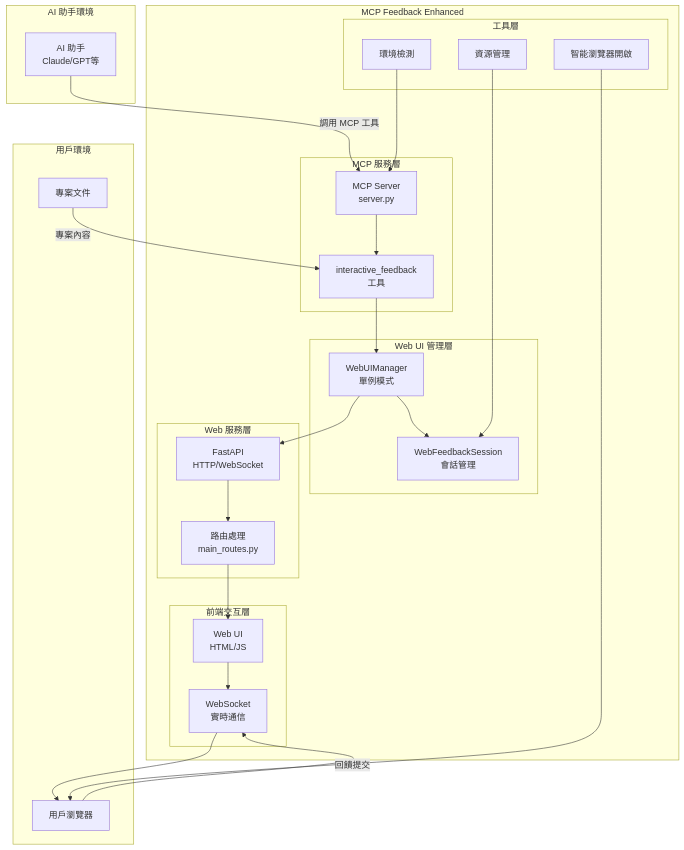
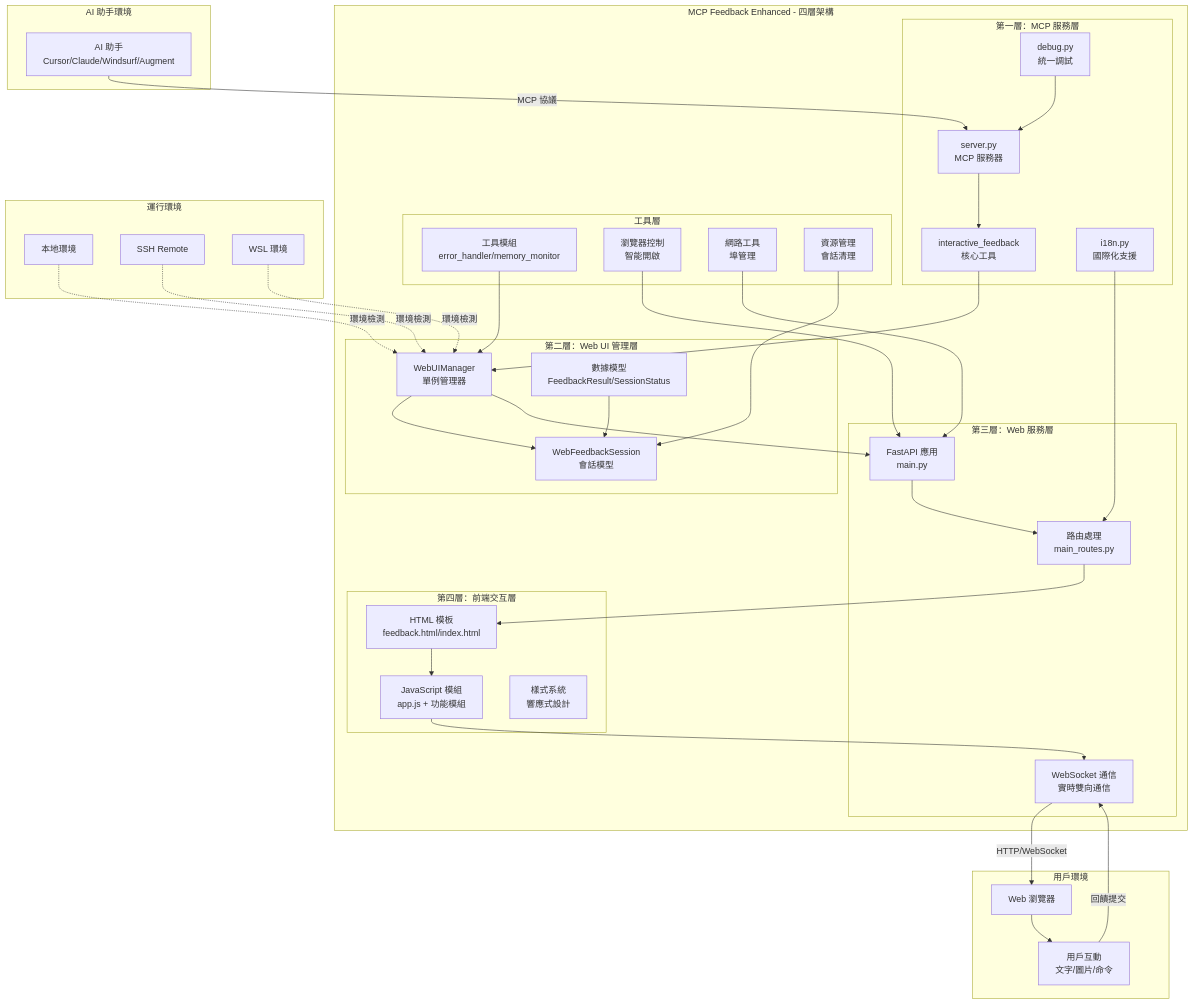
Before and after one commit to zetxtech/mcp-feedback-enhanced: the first of 5 diagrams in docs/architecture/system-overview.md, drawn with Mermaid. The commit also changed other lines of this file and 4 other files, not shown here.

````diff
--- a/docs/architecture/system-overview.md
+++ b/docs/architecture/system-overview.md
@@ -9,56 +38,77 @@
 ```mermaid
 graph TB
     subgraph "AI 助手環境"
-        AI[AI 助手<br/>Claude/GPT等]
+        AI[AI 助手<br/>Cursor/Claude/Windsurf/Augment]
     end
 
-    subgraph "MCP Feedback Enhanced"
-        subgraph "MCP 服務層"
-            MCP[MCP Server<br/>server.py]
-            TOOL[interactive_feedback<br/>工具]
+    subgraph "MCP Feedback Enhanced - 四層架構"
+        subgraph "第一層：MCP 服務層"
+            SERVER[server.py<br/>MCP 服務器]
+            TOOL[interactive_feedback<br/>核心工具]
+            I18N[i18n.py<br/>國際化支援]
+            DEBUG[debug.py<br/>統一調試]
         end
 
-        subgraph "Web UI 管理層"
-            WM[WebUIManager<br/>單例模式]
-            SESSION[WebFeedbackSession<br/>會話管理]
+        subgraph "第二層：Web UI 管理層"
+            MANAGER[WebUIManager<br/>單例管理器]
+            SESSION[WebFeedbackSession<br/>會話模型]
+            MODELS[數據模型<br/>FeedbackResult/SessionStatus]
         end
 
-        subgraph "Web 服務層"
-            API[FastAPI<br/>HTTP/WebSocket]
+        subgraph "第三層：Web 服務層"
+            FASTAPI[FastAPI 應用<br/>main.py]
             ROUTES[路由處理<br/>main_routes.py]
+            WS[WebSocket 通信<br/>實時雙向通信]
         end
 
-        subgraph "前端交互層"
-            UI[Web UI<br/>HTML/JS]
-            WS[WebSocket<br/>實時通信]
+        subgraph "第四層：前端交互層"
+            HTML[HTML 模板<br/>feedback.html/index.html]
+            JS[JavaScript 模組<br/>app.js + 功能模組]
+            CSS[樣式系統<br/>響應式設計]
         end
 
         subgraph "工具層"
-            ENV[環境檢測]
-            BROWSER[智能瀏覽器開啟]
-            RESOURCE[資源管理]
+            UTILS[工具模組<br/>error_handler/memory_monitor]
+            BROWSER[瀏覽器控制<br/>智能開啟]
+            NETWORK[網路工具<br/>埠管理]
+            CLEANUP[資源管理<br/>會話清理]
         end
     end
 
     subgraph "用戶環境"
-        USER[用戶瀏覽器]
-        FILES[專案文件]
+        BROWSER_UI[Web 瀏覽器]
+        USER[用戶互動<br/>文字/圖片/命令]
     end
 
-    AI -->|調用 MCP 工具| MCP
-    MCP --> TOOL
-    TOOL --> WM
-    WM --> SESSION
-    WM --> API
-    API --> ROUTES
-    ROUTES --> UI
-    UI --> WS
-    WS --> USER
+    subgraph "運行環境"
+        LOCAL[本地環境]
+        SSH[SSH Remote]
+        WSL[WSL 環境]
+    end
 
-    ENV --> MCP
-    BROWSER --> USER
-    RESOURCE --> SESSION
+    AI -->|MCP 協議| SERVER
+    SERVER --> TOOL
+    TOOL --> MANAGER
+    MANAGER --> SESSION
+    MANAGER --> FASTAPI
+    FASTAPI --> ROUTES
+    ROUTES --> HTML
+    HTML --> JS
+    JS --> WS
+    WS -->|HTTP/WebSocket| BROWSER_UI
+    BROWSER_UI --> USER
+
+    I18N --> ROUTES
+    DEBUG --> SERVER
+    UTILS --> MANAGER
+    BROWSER --> FASTAPI
+    NETWORK --> FASTAPI
+    CLEANUP --> SESSION
+
+    LOCAL -.->|環境檢測| MANAGER
+    SSH -.->|環境檢測| MANAGER
+    WSL -.->|環境檢測| MANAGER
 
     USER -->|回饋提交| WS
-    FILES -->|專案內容| TOOL
+    MODELS --> SESSION
 ```
````
